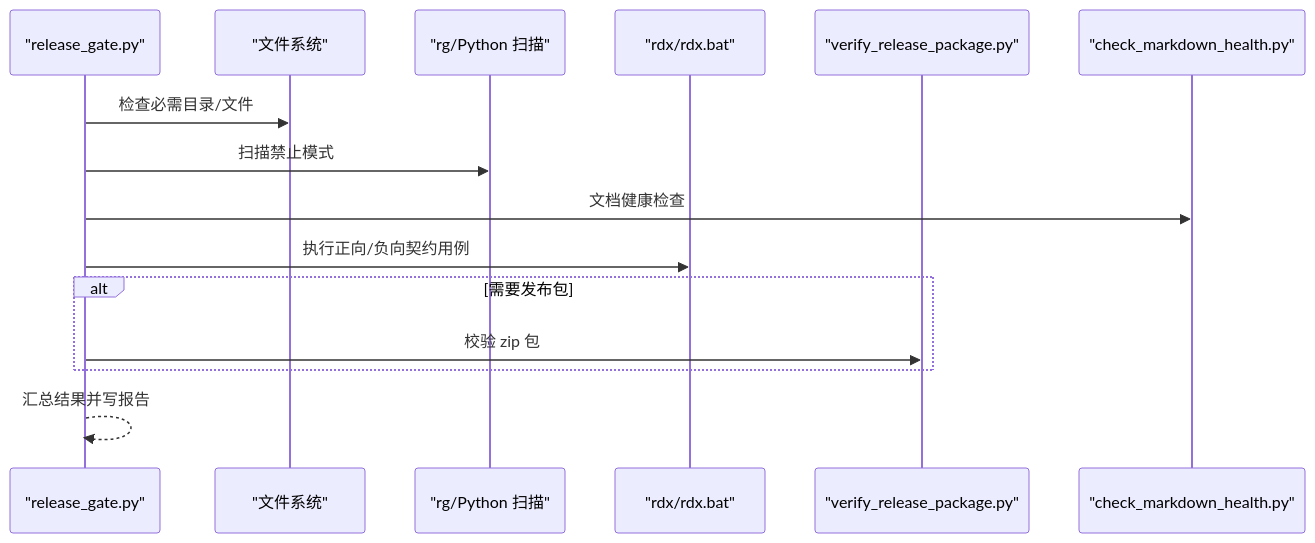
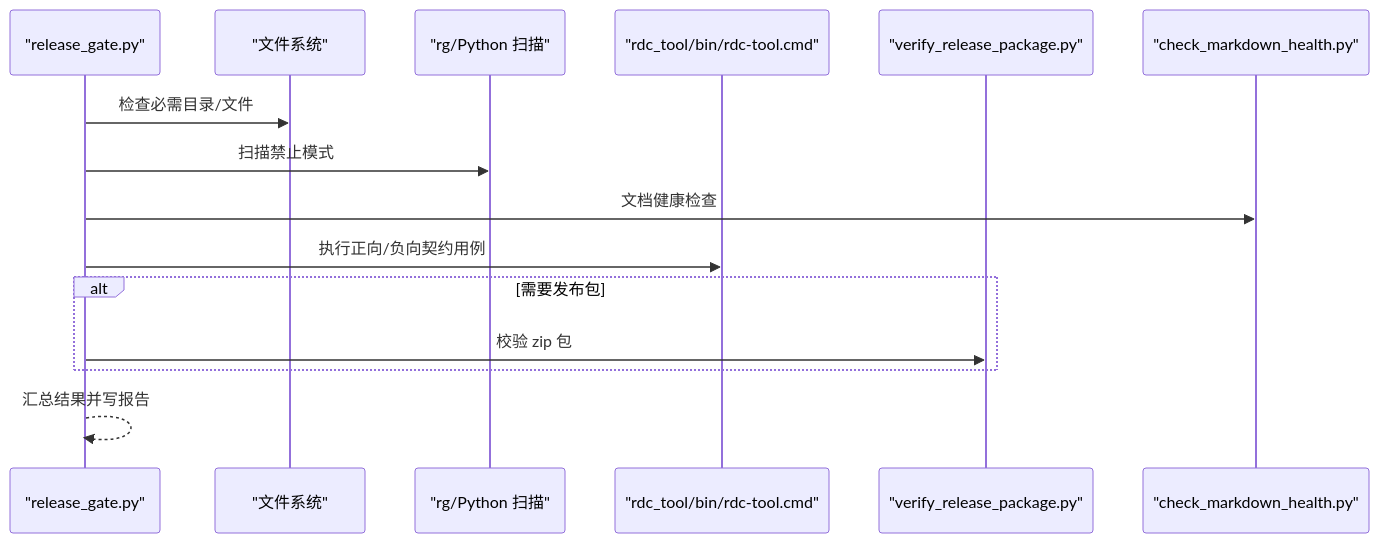
The fourth of 6 diagrams in .qoder/repowiki/zh/content/开发指南/测试策略/测试自动化.md (haolange/RDC-Tool), drawn with Mermaid before and after one commit. The commit also changed other lines of this file and 388 other files, not shown here.

First line of the commit message:
Release RDC-Tool identity and public maintenance surface

````diff
--- a/.qoder/repowiki/zh/content/开发指南/测试策略/测试自动化.md
+++ b/.qoder/repowiki/zh/content/开发指南/测试策略/测试自动化.md
@@ -183,17 +183,17 @@
 ```mermaid
 sequenceDiagram
 participant Gate as "release_gate.py"
 participant FS as "文件系统"
 participant RG as "rg/Python 扫描"
-participant CLI as "rdx/rdx.bat"
+participant CLI as "rdc_tool/bin/rdc-tool.cmd"
 participant Ver as "verify_release_package.py"
 participant Doc as "check_markdown_health.py"
 Gate->>FS : 检查必需目录/文件
 Gate->>RG : 扫描禁止模式
 Gate->>Doc : 文档健康检查
 Gate->>CLI : 执行正向/负向契约用例
 alt 需要发布包
 Gate->>Ver : 校验 zip 包
 end
 Gate-->>Gate : 汇总结果并写报告
 ```
````
